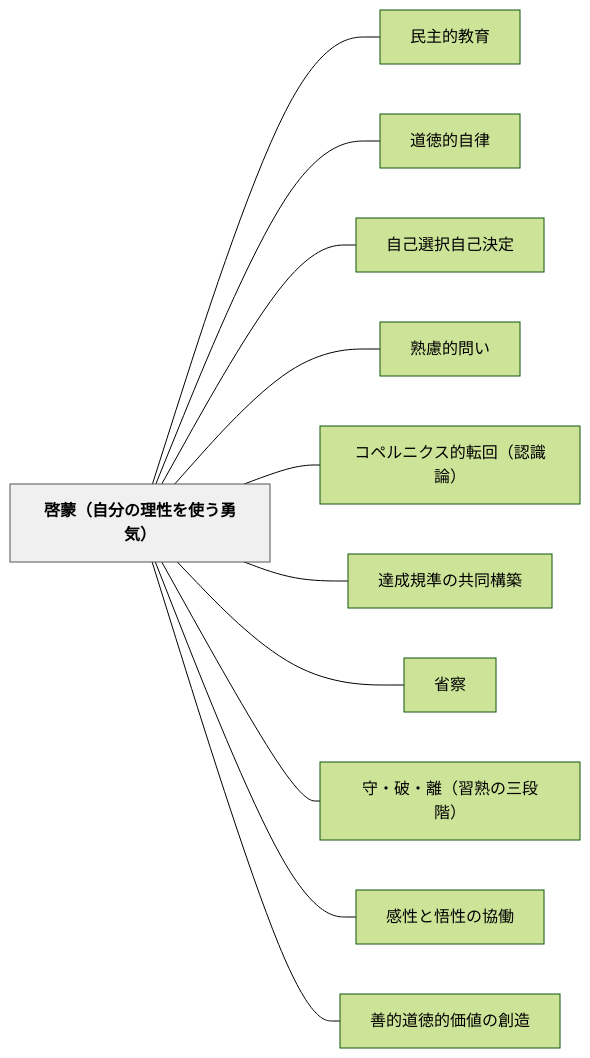
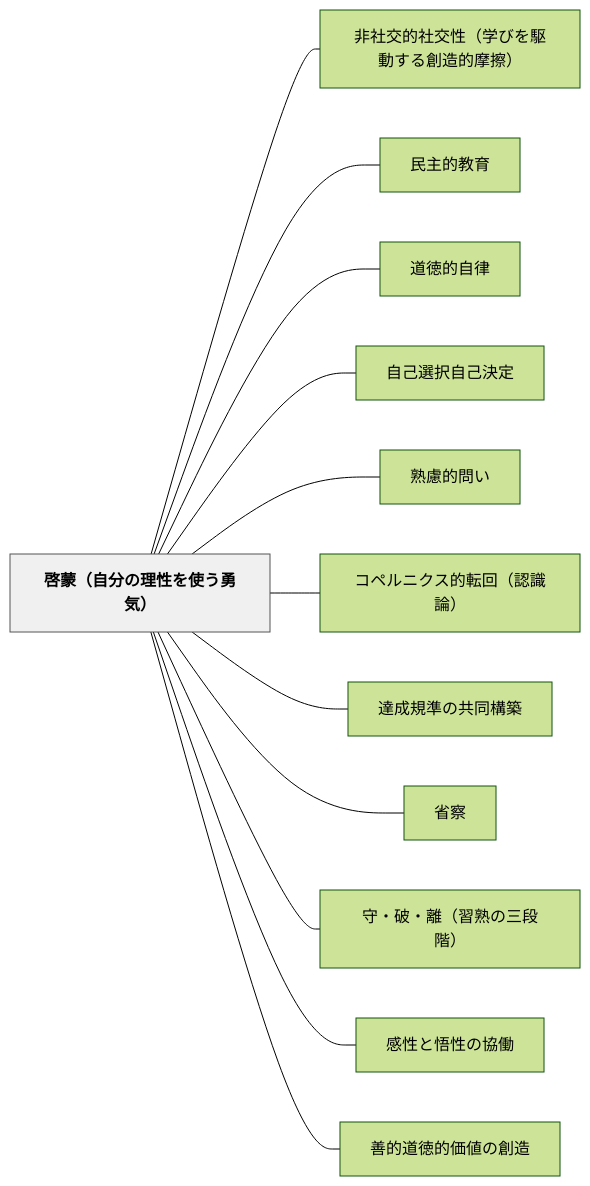
Before and after one commit to unknownthings-ed-patterns/unknownthings-ed-patterns: the diagram in content/パタン/啓蒙（自分の理性を使う勇気）.md, drawn with Mermaid (forest theme). The commit also changed other lines of this file and 14 other files, not shown here.

````diff
--- a/content/パタン/啓蒙（自分の理性を使う勇気）.md
+++ b/content/パタン/啓蒙（自分の理性を使う勇気）.md
@@ -107,28 +108,30 @@
 ```mermaid
 flowchart LR
     ne59593e89299efbc88e887aae58886e381aee79086e680a7e38292e4bdbfe38186e58b87e6b097efbc89["啓蒙（自分の理性を使う勇気）"]
+    ne99d9ee7a4bee4baa4e79a84e7a4bee4baa4e680a7efbc88e5ada6e381b3e38292e9a786e58b95e38199e3828be589b5e980a0e79a84e691a9e693a6efbc89["非社交的社交性（学びを駆動する創造的摩擦）"]
     ne6b091e4b8bbe79a84e69599e882b2["民主的教育"]
     ne98193e5beb3e79a84e887aae5be8b["道徳的自律"]
     ne887aae5b7b1e981b8e68a9ee887aae5b7b1e6b1bae5ae9a["自己選択自己決定"]
     ne7869fe685aee79a84e5958fe38184["熟慮的問い"]
     ne382b3e3839ae383abe3838be382afe382b9e79a84e8bba2e59b9eefbc88e8aa8de8ad98e8ab96efbc89["コペルニクス的転回（認識論）"]
     ne98194e68890e8a68fe6ba96e381aee585b1e5908ce6a78be7af89["達成規準の共同構築"]
     ne79c81e5af9f["省察"]
     ne5ae88e383bbe7a0b4e383bbe99ba2efbc88e7bf92e7869fe381aee4b889e6aeb5e99a8eefbc89["守・破・離（習熟の三段階）"]
     ne6849fe680a7e381a8e6829fe680a7e381aee58d94e5838d["感性と悟性の協働"]
     ne59684e79a84e98193e5beb3e79a84e4bea1e580a4e381aee589b5e980a0["善的道徳的価値の創造"]
 
+    ne59593e89299efbc88e887aae58886e381aee79086e680a7e38292e4bdbfe38186e58b87e6b097efbc89 --- ne99d9ee7a4bee4baa4e79a84e7a4bee4baa4e680a7efbc88e5ada6e381b3e38292e9a786e58b95e38199e3828be589b5e980a0e79a84e691a9e693a6efbc89
     ne59593e89299efbc88e887aae58886e381aee79086e680a7e38292e4bdbfe38186e58b87e6b097efbc89 --- ne6b091e4b8bbe79a84e69599e882b2
     ne59593e89299efbc88e887aae58886e381aee79086e680a7e38292e4bdbfe38186e58b87e6b097efbc89 --- ne98193e5beb3e79a84e887aae5be8b
     ne59593e89299efbc88e887aae58886e381aee79086e680a7e38292e4bdbfe38186e58b87e6b097efbc89 --- ne887aae5b7b1e981b8e68a9ee887aae5b7b1e6b1bae5ae9a
     ne59593e89299efbc88e887aae58886e381aee79086e680a7e38292e4bdbfe38186e58b87e6b097efbc89 --- ne7869fe685aee79a84e5958fe38184
     ne59593e89299efbc88e887aae58886e381aee79086e680a7e38292e4bdbfe38186e58b87e6b097efbc89 --- ne382b3e3839ae383abe3838be382afe382b9e79a84e8bba2e59b9eefbc88e8aa8de8ad98e8ab96efbc89
     ne59593e89299efbc88e887aae58886e381aee79086e680a7e38292e4bdbfe38186e58b87e6b097efbc89 --- ne98194e68890e8a68fe6ba96e381aee585b1e5908ce6a78be7af89
     ne59593e89299efbc88e887aae58886e381aee79086e680a7e38292e4bdbfe38186e58b87e6b097efbc89 --- ne79c81e5af9f
     ne59593e89299efbc88e887aae58886e381aee79086e680a7e38292e4bdbfe38186e58b87e6b097efbc89 --- ne5ae88e383bbe7a0b4e383bbe99ba2efbc88e7bf92e7869fe381aee4b889e6aeb5e99a8eefbc89
     ne59593e89299efbc88e887aae58886e381aee79086e680a7e38292e4bdbfe38186e58b87e6b097efbc89 --- ne6849fe680a7e381a8e6829fe680a7e381aee58d94e5838d
     ne59593e89299efbc88e887aae58886e381aee79086e680a7e38292e4bdbfe38186e58b87e6b097efbc89 --- ne59684e79a84e98193e5beb3e79a84e4bea1e580a4e381aee589b5e980a0
 
     classDef hub fill:#f0f0f0,stroke:#555,color:#000,font-weight:bold
     class ne59593e89299efbc88e887aae58886e381aee79086e680a7e38292e4bdbfe38186e58b87e6b097efbc89 hub
 ```
````
